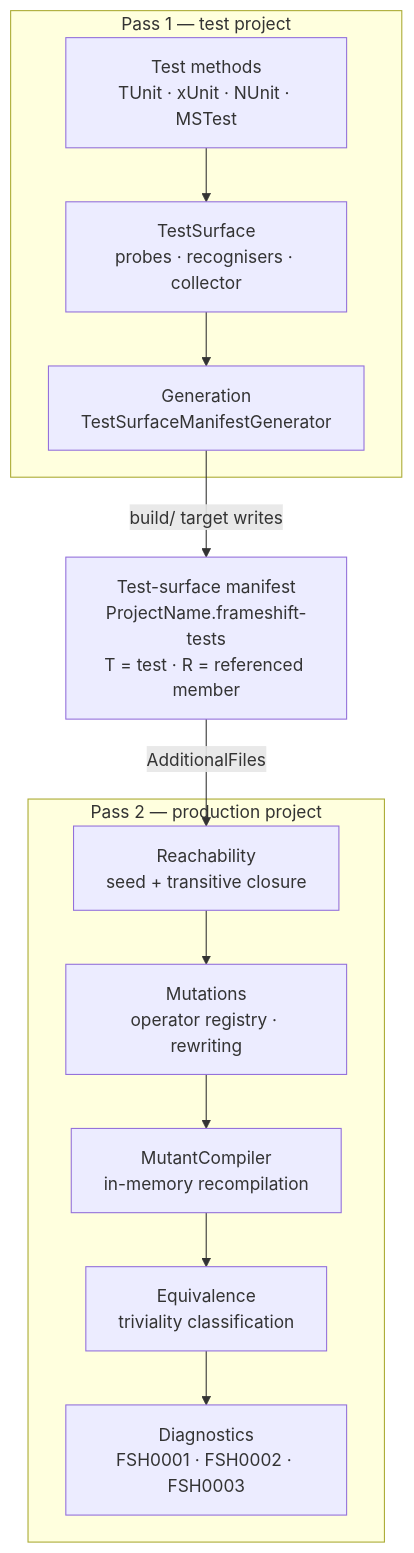
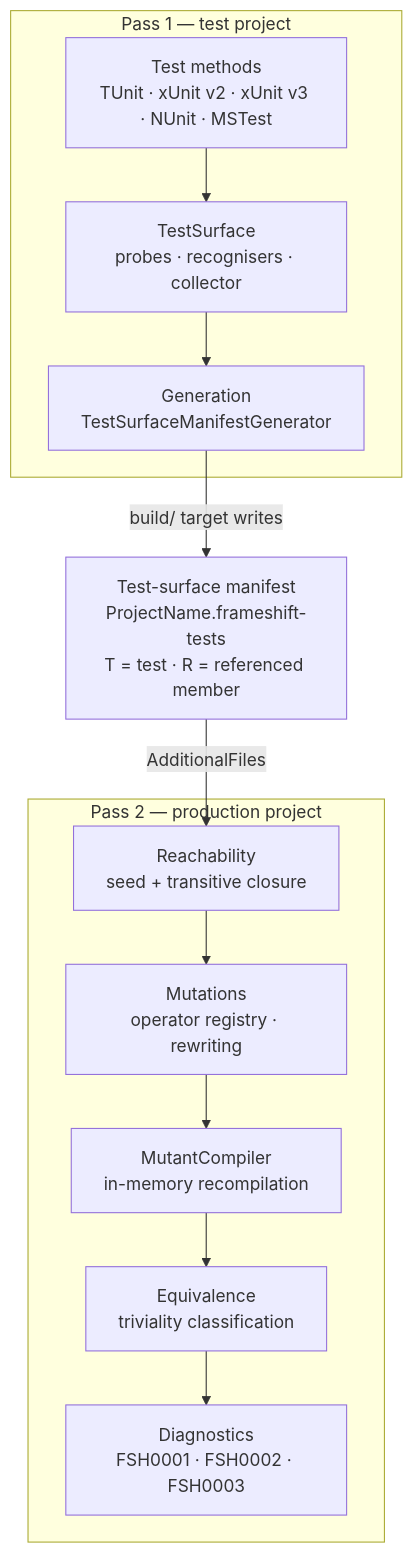
One commit to dailydevops/frameshift changed the diagram in README.md. Above: the diagram before and after it, drawn with Mermaid. The commit also changed other lines of this file and 30 other files, not shown here.

````diff
--- a/README.md
+++ b/README.md
@@ -17,23 +17,23 @@
 ```mermaid
 flowchart TB
     subgraph pass1["Pass 1 — test project"]
-        T1["Test methods<br/>TUnit · xUnit · NUnit · MSTest"]
+        T1["Test methods<br/>TUnit · xUnit v2 · xUnit v3 · NUnit · MSTest"]
         T2["TestSurface<br/>probes · recognisers · collector"]
         T3["Generation<br/>TestSurfaceManifestGenerator"]
         T1 --> T2 --> T3
     end
 
     M["Test-surface manifest<br/>ProjectName.frameshift-tests<br/>T = test · R = referenced member"]
 
     subgraph pass2["Pass 2 — production project"]
         P1["Reachability<br/>seed + transitive closure"]
         P2["Mutations<br/>operator registry · rewriting"]
         P3["MutantCompiler<br/>in-memory recompilation"]
         P4["Equivalence<br/>triviality classification"]
         P5["Diagnostics<br/>FSH0001 · FSH0002 · FSH0003"]
         P1 --> P2 --> P3 --> P4 --> P5
     end
 
     T3 -->|"build/ target writes"| M
     M -->|"AdditionalFiles"| P1
 ```
````
